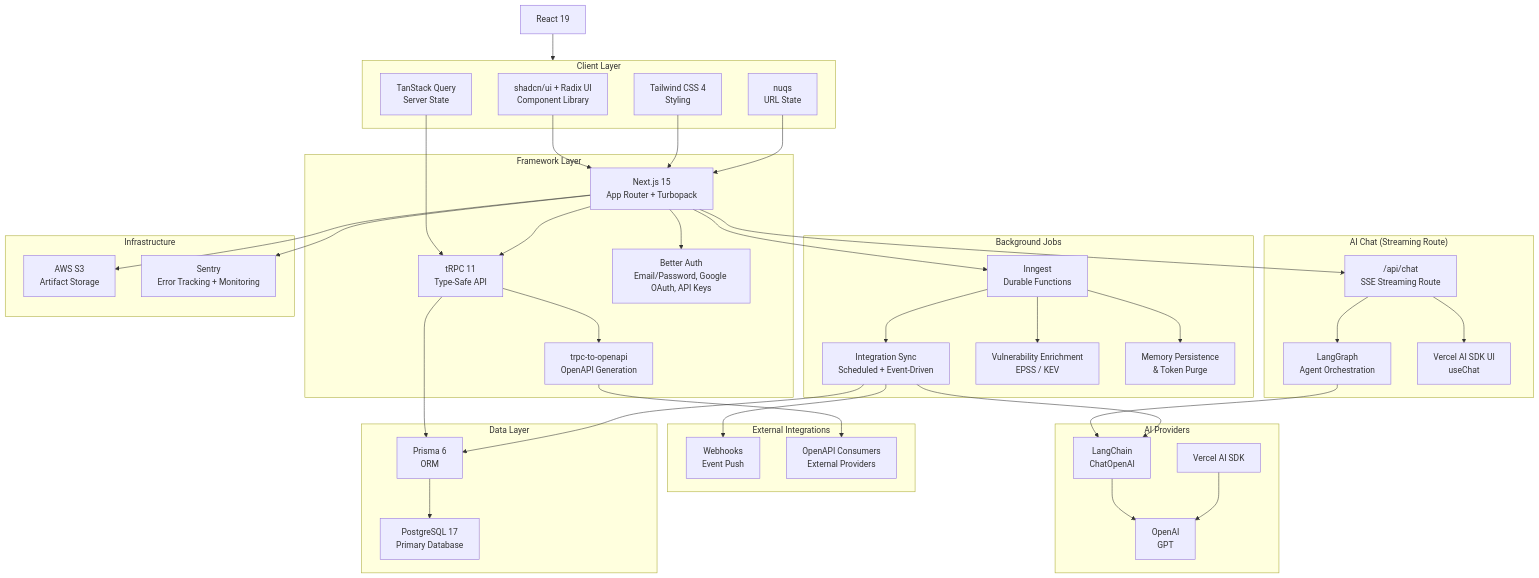
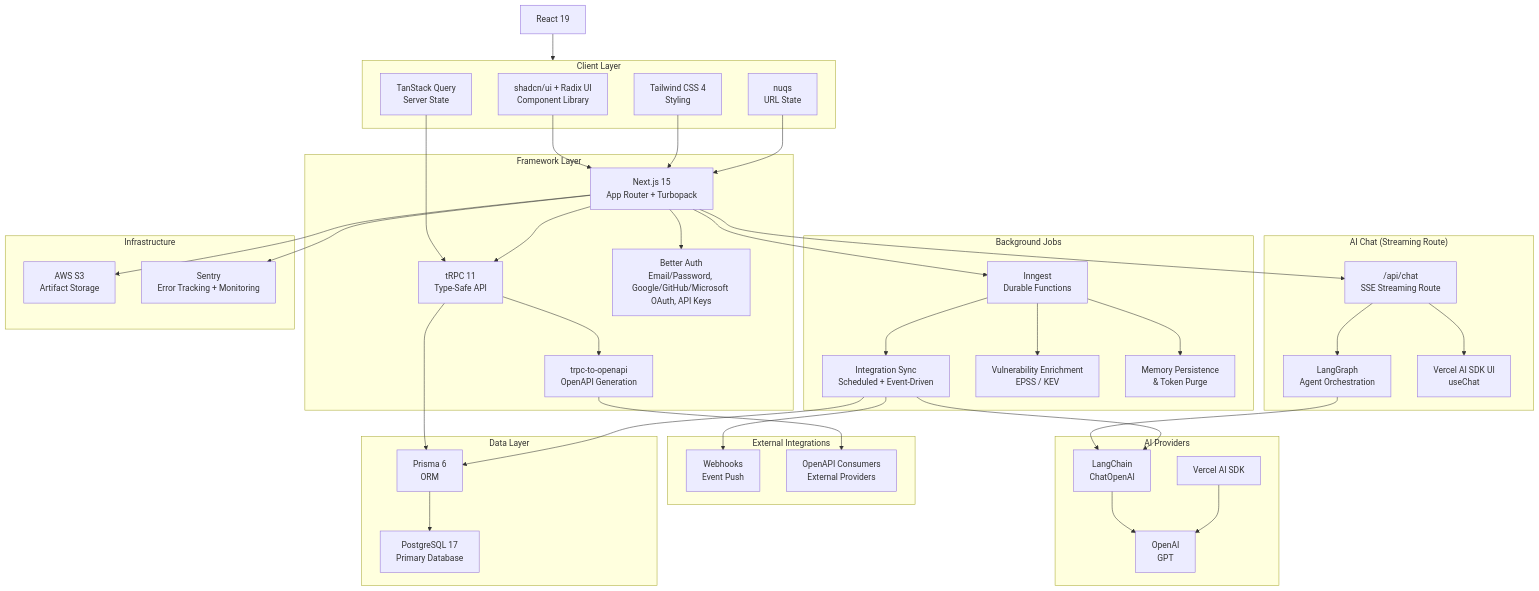
One commit to PATCH-UPGRADE/viper changed the first of 2 diagrams in docs/tech-stack.md. Above: the diagram before and after it, drawn with Mermaid. The commit also changed 8 other files, not shown here.

```diff
--- a/docs/tech-stack.md
+++ b/docs/tech-stack.md
@@ -15,7 +15,7 @@
         NextJS["Next.js 15<br/>App Router + Turbopack"]
         TRPC["tRPC 11<br/>Type-Safe API"]
         OpenAPI["trpc-to-openapi<br/>OpenAPI Generation"]
-        BetterAuth["Better Auth<br/>Email/Password, Google OAuth, API Keys"]
+        BetterAuth["Better Auth<br/>Email/Password, Google/GitHub/Microsoft OAuth, API Keys"]
     end
 
     subgraph background ["Background Jobs"]
```
